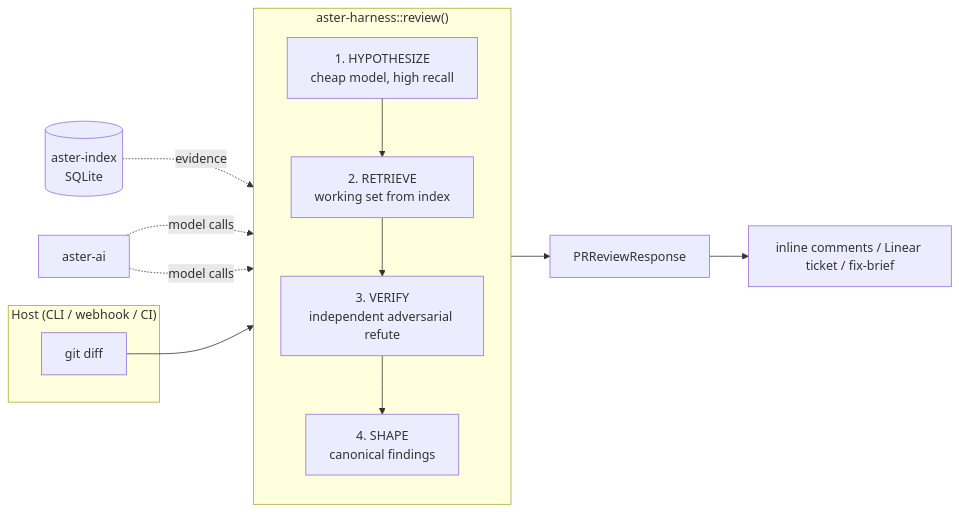
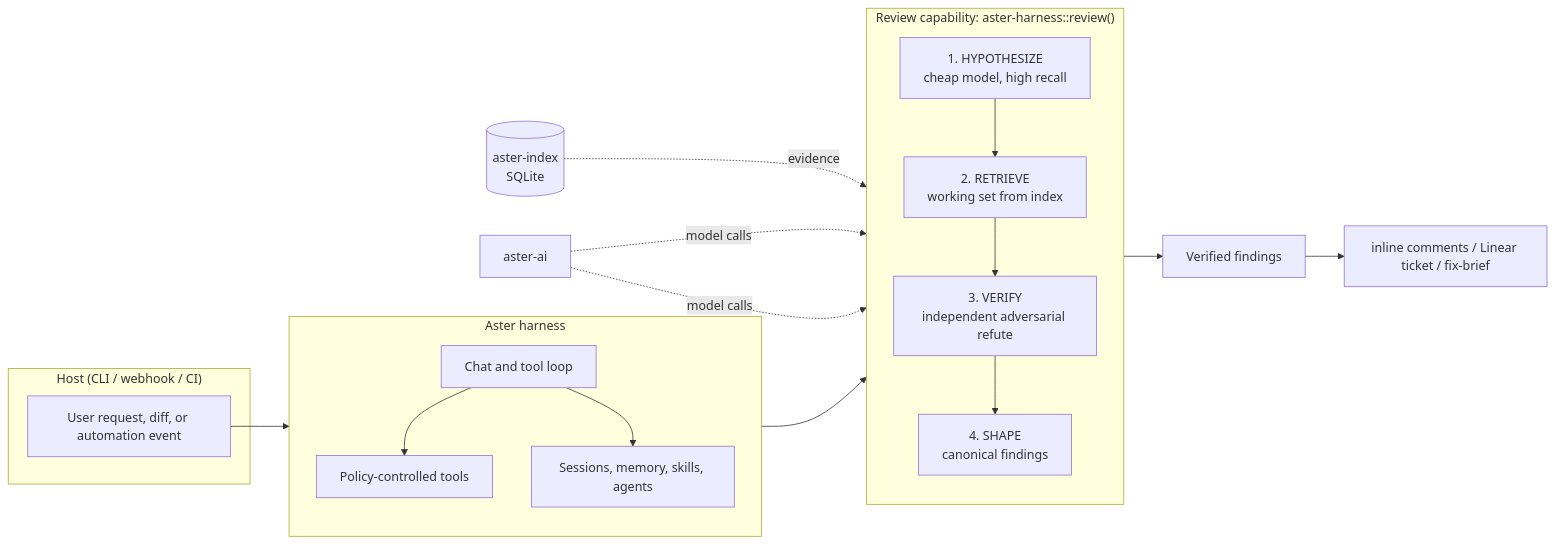
The second of 2 diagrams in docs/ARCHITECTURE.md (Zfinix/aster), drawn with Mermaid before and after one commit. The commit also changed other lines of this file and 11 other files, not shown here.

Commit message:
feat(mcp): introduce aster-mcp crate for progressive Model Context Protocol tool injection, enhance README and architecture documentation, and update CLI for new capabilities

````diff
--- a/docs/ARCHITECTURE.md
+++ b/docs/ARCHITECTURE.md
@@ -58,22 +70,32 @@
 ```mermaid
 graph LR
     subgraph Host["Host (CLI / webhook / CI)"]
-        D[git diff]
+        I[User request, diff, or automation event]
     end
-    D --> H
+    I --> RUNTIME
 
-    subgraph H["aster-harness::review()"]
+    subgraph RUNTIME["Aster harness"]
+        direction TB
+        CHAT[Chat and tool loop]
+        POLICY[Policy-controlled tools]
+        STATE[Sessions, memory, skills, agents]
+        CHAT --> POLICY
+        CHAT --> STATE
+    end
+
+    subgraph H["Review capability: aster-harness::review()"]
         direction TB
         HY["1. HYPOTHESIZE<br/>cheap model, high recall"]
         RE["2. RETRIEVE<br/>working set from index"]
         VE["3. VERIFY<br/>independent adversarial refute"]
         SH["4. SHAPE<br/>canonical findings"]
         HY --> RE --> VE --> SH
     end
 
+    RUNTIME --> H
     IDX[(aster-index<br/>SQLite)] -.evidence.-> RE
     AI[aster-ai] -.model calls.-> HY
     AI -.model calls.-> VE
-    SH --> OUT[PRReviewResponse]
+    SH --> OUT[Verified findings]
     OUT --> SINK["inline comments / Linear ticket / fix-brief"]
 ```
````
